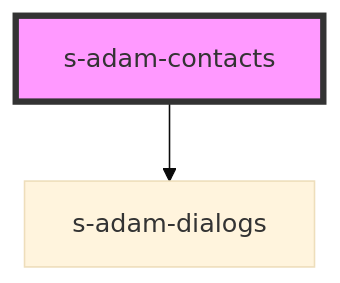
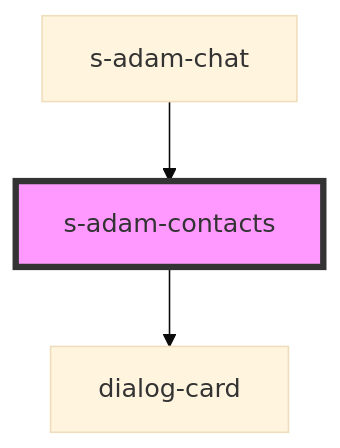
Before and after one commit to saqhan/stencil-chat: the diagram in src/components/comp/s-adam-contacts/readme.md, drawn with Mermaid (base theme). The commit also changed other lines of this file and 38 other files, not shown here.

````diff
--- a/src/components/comp/s-adam-contacts/readme.md
+++ b/src/components/comp/s-adam-contacts/readme.md
@@ -29,5 +33,6 @@
 ```mermaid
 graph TD;
-  s-adam-contacts --> s-adam-dialogs
+  s-adam-contacts --> dialog-card
+  s-adam-chat --> s-adam-contacts
   style s-adam-contacts fill:#f9f,stroke:#333,stroke-width:4px
 ```
````
